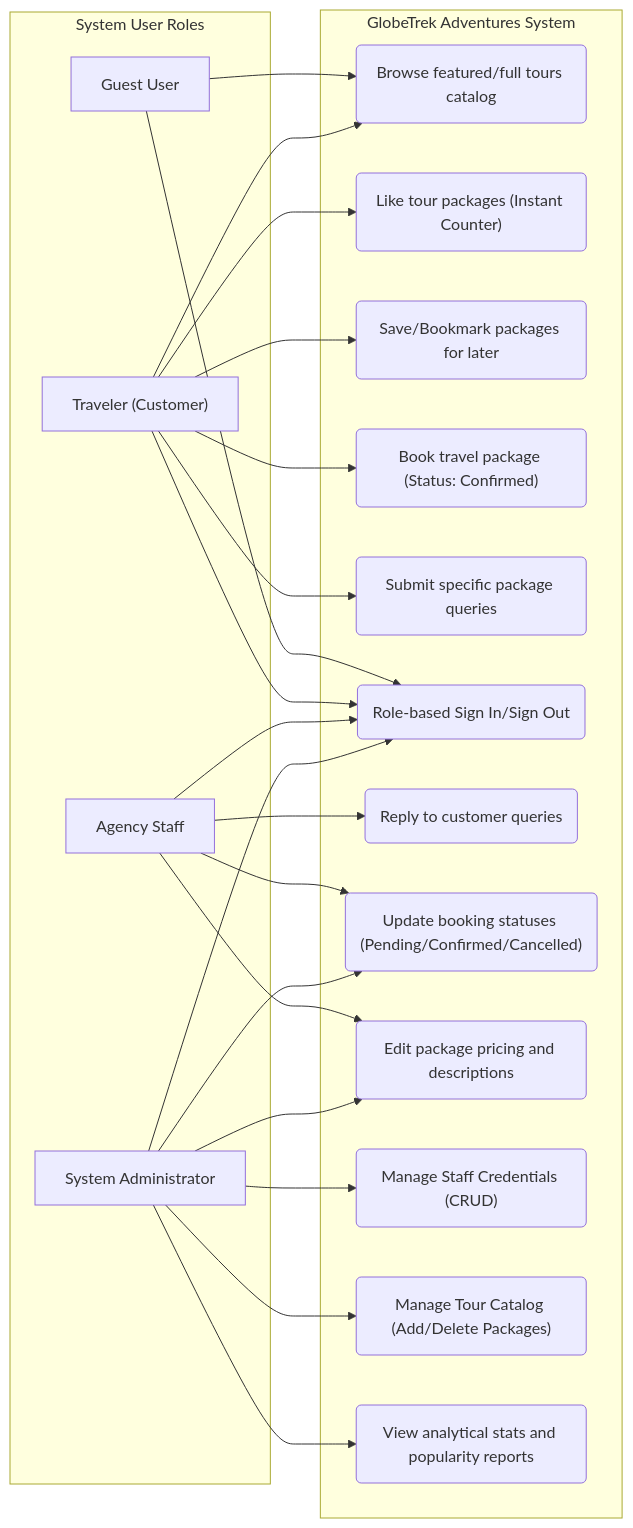
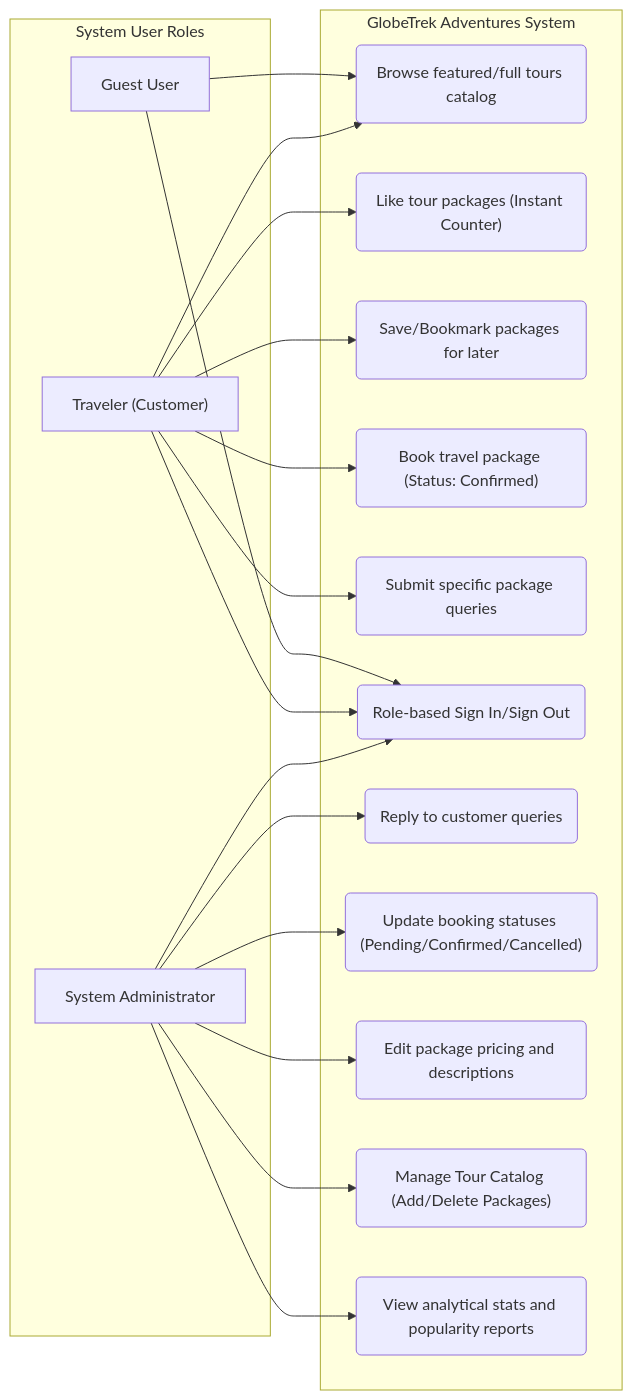
One commit to Fathima-Asna/ICBT-WEB-Development changed the second of 5 diagrams in README.md. Above: the diagram before and after it, drawn with Mermaid. The commit also changed other lines of this file and 15 other files, not shown here.

Commit message:
Clean remove of staff role and consolidation of administrative actions to admin panel

````diff
--- a/README.md
+++ b/README.md
@@ -89,49 +82,42 @@
 ```mermaid
 flowchart LR
     %% Actors
     subgraph Actors [System User Roles]
         Guest["Guest User"]
         Customer["Traveler (Customer)"]
-        Staff["Agency Staff"]
         Admin["System Administrator"]
     end
 
     %% Use Cases
     subgraph System [GlobeTrek Adventures System]
         UC_Browse("Browse featured/full tours catalog")
         UC_Like("Like tour packages (Instant Counter)")
         UC_Bookmark("Save/Bookmark packages for later")
         UC_Book("Book travel package (Status: Confirmed)")
         UC_Ask("Submit specific package queries")
         UC_Auth("Role-based Sign In/Sign Out")
         UC_Reply("Reply to customer queries")
         UC_Status("Update booking statuses (Pending/Confirmed/Cancelled)")
         UC_EditPkg("Edit package pricing and descriptions")
-        UC_StaffManage("Manage Staff Credentials (CRUD)")
         UC_PkgCatalog("Manage Tour Catalog (Add/Delete Packages)")
         UC_Stats("View analytical stats and popularity reports")
     end
 
     %% Relationships
     Guest --> UC_Browse
     Guest --> UC_Auth
 
     Customer --> UC_Browse
     Customer --> UC_Like
     Customer --> UC_Bookmark
     Customer --> UC_Book
     Customer --> UC_Ask
     Customer --> UC_Auth
 
-    Staff --> UC_Auth
-    Staff --> UC_Reply
-    Staff --> UC_Status
-    Staff --> UC_EditPkg
-
     Admin --> UC_Auth
-    Admin --> UC_StaffManage
+    Admin --> UC_Reply
+    Admin --> UC_Status
+    Admin --> UC_EditPkg
     Admin --> UC_PkgCatalog
     Admin --> UC_Stats
-    Admin --> UC_Status
-    Admin --> UC_EditPkg
 ```
````
